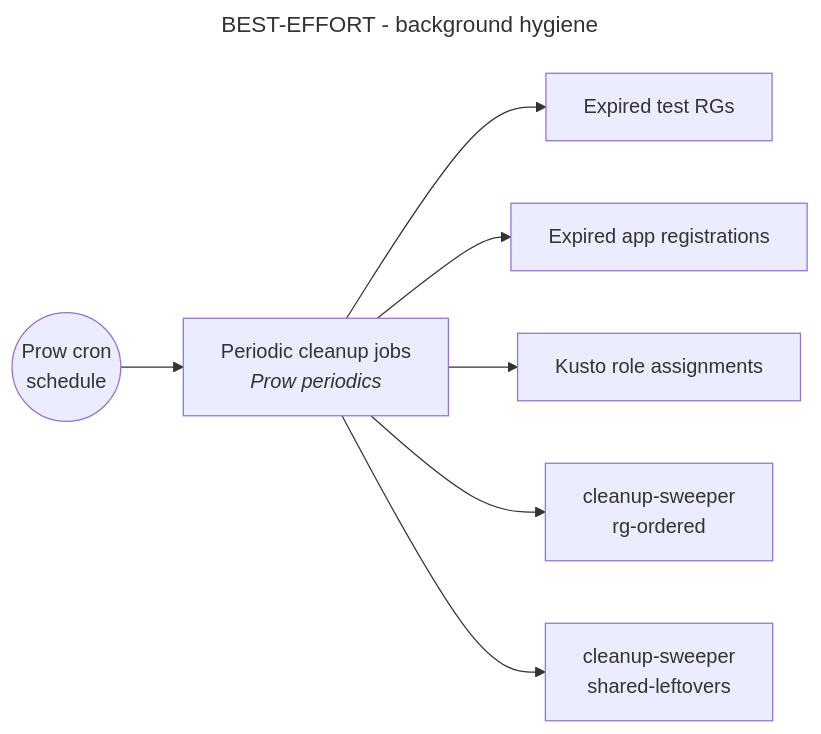
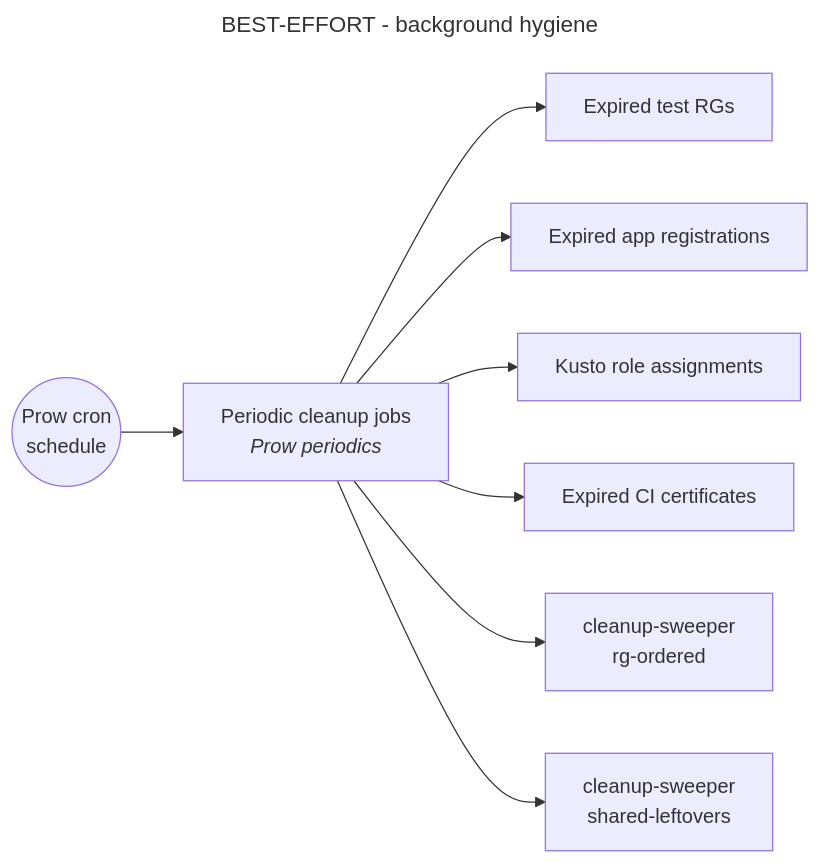
Before and after one commit to Azure/ARO-HCP: the third of 3 diagrams in docs/ci/cleanup.md, drawn with Mermaid. The commit also changed other lines of this file and 37 other files, not shown here.

````diff
--- a/docs/ci/cleanup.md
+++ b/docs/ci/cleanup.md
@@ -192,12 +48,13 @@
 ```mermaid
 ---
 title: "BEST-EFFORT - background hygiene"
 ---
 flowchart LR
     cronSchedule(("Prow cron<br/>schedule")) --> periodicCleanup["Periodic cleanup jobs<br/><i>Prow periodics</i>"]
     periodicCleanup --> expiredRg["Expired test RGs"]
     periodicCleanup --> expiredApp["Expired app registrations"]
     periodicCleanup --> kustoCleanup["Kusto role assignments"]
+    periodicCleanup --> certs["Expired CI certificates"]
     periodicCleanup --> sweeperRg["cleanup-sweeper<br/>rg-ordered"]
     periodicCleanup --> sweeperShared["cleanup-sweeper<br/>shared-leftovers"]
 ```
````
